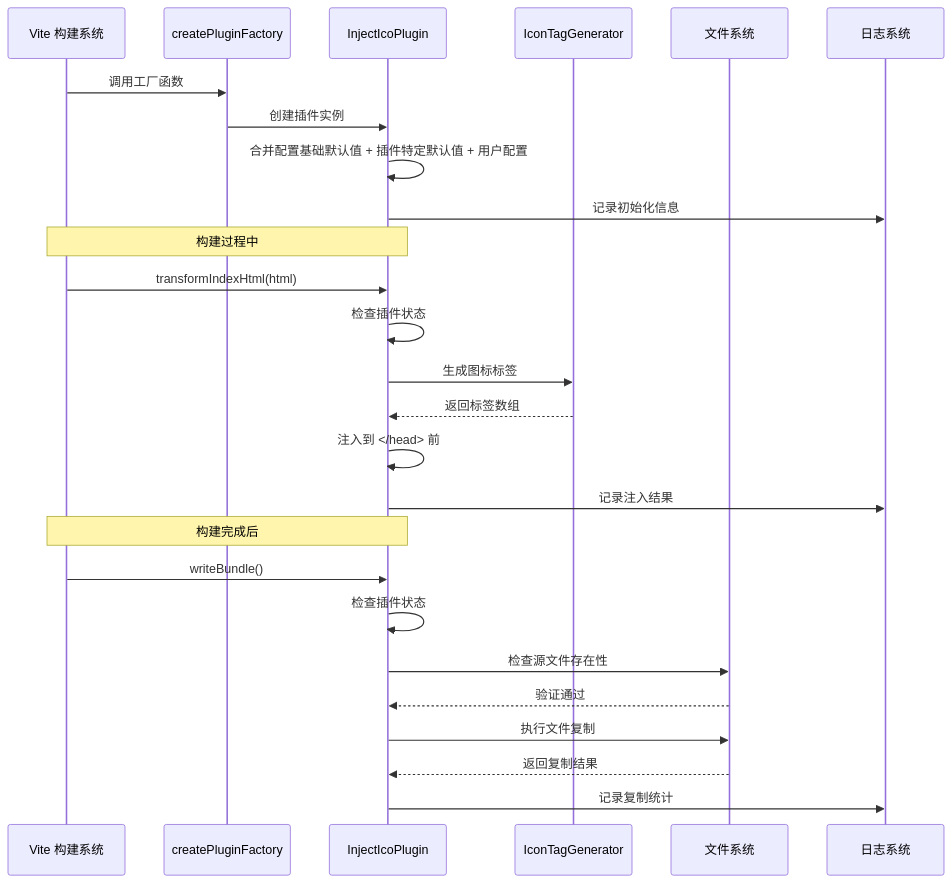
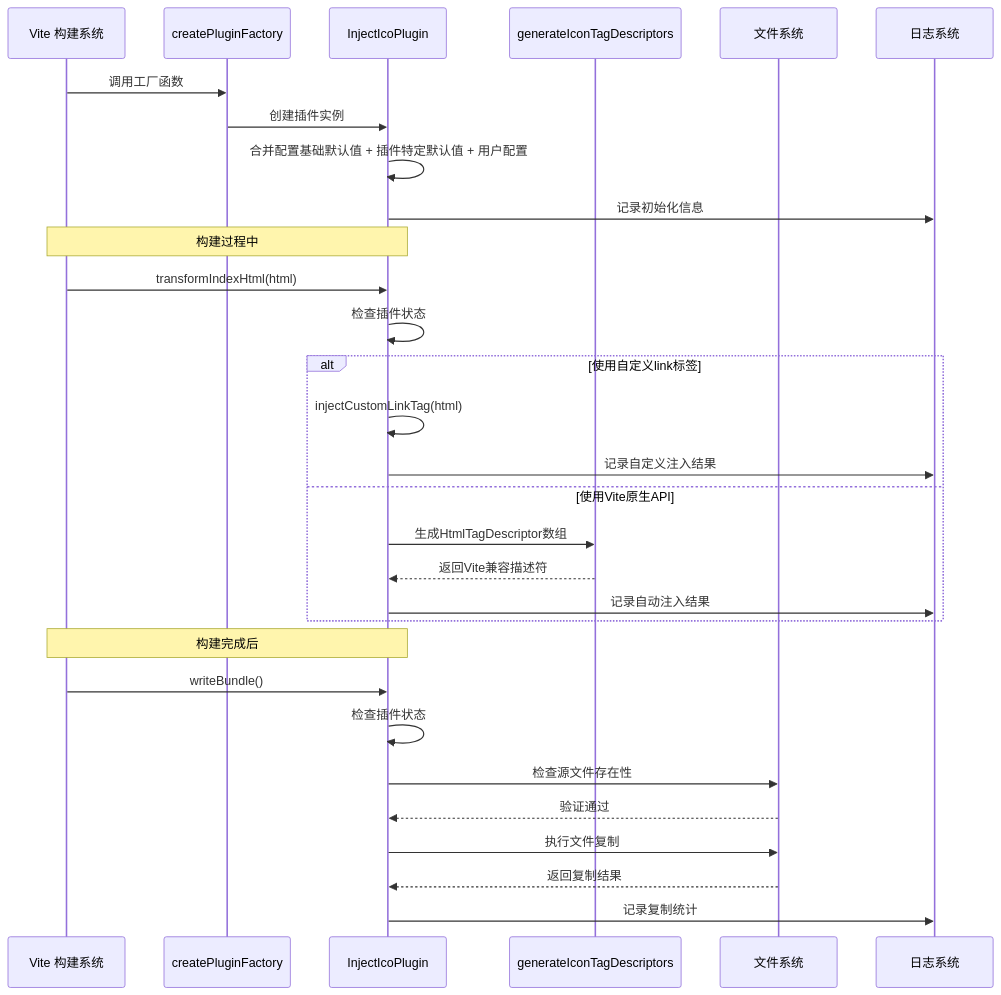
One commit to MengXi-Studio/vite-plugin changed the third of 10 diagrams in .qoder/repowiki/zh/content/核心插件/图标注入插件 (injectIco).md. Above: the diagram before and after it, drawn with Mermaid. The commit also changed other lines of this file and 8 other files, not shown here.

````diff
--- a/.qoder/repowiki/zh/content/核心插件/图标注入插件 (injectIco).md
+++ b/.qoder/repowiki/zh/content/核心插件/图标注入插件 (injectIco).md
@@ -183,28 +176,32 @@
 ```mermaid
 sequenceDiagram
 participant Vite as Vite 构建系统
 participant Factory as createPluginFactory
 participant Plugin as InjectIcoPlugin
-participant Generator as IconTagGenerator
+participant Generator as generateIconTagDescriptors
 participant FS as 文件系统
 participant Logger as 日志系统
 Vite->>Factory : 调用工厂函数
 Factory->>Plugin : 创建插件实例
 Plugin->>Plugin : 合并配置基础默认值 + 插件特定默认值 + 用户配置
 Plugin->>Logger : 记录初始化信息
 Note over Vite,Plugin : 构建过程中
 Vite->>Plugin : transformIndexHtml(html)
 Plugin->>Plugin : 检查插件状态
-Plugin->>Generator : 生成图标标签
-Generator-->>Plugin : 返回标签数组
-Plugin->>Plugin : 注入到 </head> 前
-Plugin->>Logger : 记录注入结果
+alt 使用自定义link标签
+Plugin->>Plugin : injectCustomLinkTag(html)
+Plugin->>Logger : 记录自定义注入结果
+else 使用Vite原生API
+Plugin->>Generator : 生成HtmlTagDescriptor数组
+Generator-->>Plugin : 返回Vite兼容描述符
+Plugin->>Logger : 记录自动注入结果
+end
 Note over Vite,Plugin : 构建完成后
 Vite->>Plugin : writeBundle()
 Plugin->>Plugin : 检查插件状态
 Plugin->>FS : 检查源文件存在性
 FS-->>Plugin : 验证通过
 Plugin->>FS : 执行文件复制
 FS-->>Plugin : 返回复制结果
 Plugin->>Logger : 记录复制统计
 ```
````
